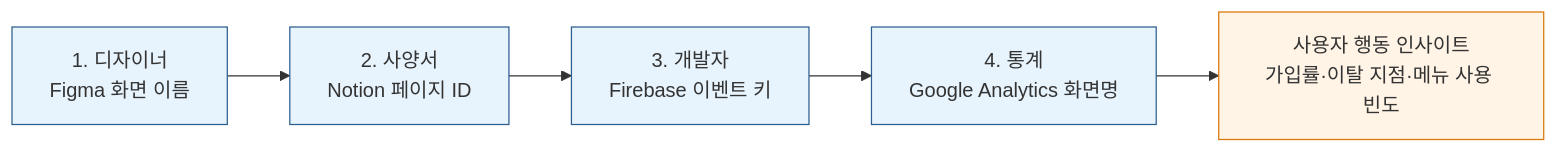
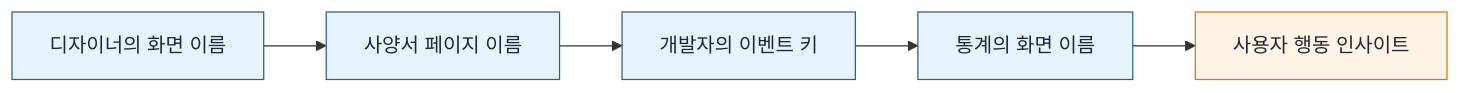
Before and after one commit to linisia/eric-company: the first of 7 diagrams in content/diary/c/1.md, drawn with Mermaid. The commit also changed other lines of this file and 1 other file, not shown here.

````diff
--- a/content/diary/c/1.md
+++ b/content/diary/c/1.md
@@ -27,12 +27,12 @@
 ```mermaid
 flowchart LR
-    A[1. 디자이너<br/>Figma 화면 이름] --> B[2. 사양서<br/>Notion 페이지 ID]
-    B --> C[3. 개발자<br/>Firebase 이벤트 키]
-    C --> D[4. 통계<br/>Google Analytics 화면명]
-    D --> E[사용자 행동 인사이트<br/>가입률·이탈 지점·메뉴 사용 빈도]
-    style A fill:#e8f4fd,stroke:#2c5e8f
-    style B fill:#e8f4fd,stroke:#2c5e8f
-    style C fill:#e8f4fd,stroke:#2c5e8f
-    style D fill:#e8f4fd,stroke:#2c5e8f
-    style E fill:#fff4e6,stroke:#d97706
+    A["디자이너의 화면 이름"] --> B["사양서 페이지 이름"]
+    B --> C["개발자의 이벤트 키"]
+    C --> D["통계의 화면 이름"]
+    D --> E["사용자 행동 인사이트"]
+    style A fill:#e8f4fd,stroke:#2c5e8f,color:#1f2937
+    style B fill:#e8f4fd,stroke:#2c5e8f,color:#1f2937
+    style C fill:#e8f4fd,stroke:#2c5e8f,color:#1f2937
+    style D fill:#e8f4fd,stroke:#2c5e8f,color:#1f2937
+    style E fill:#fff4e6,stroke:#d97706,color:#1f2937
 ```
````
